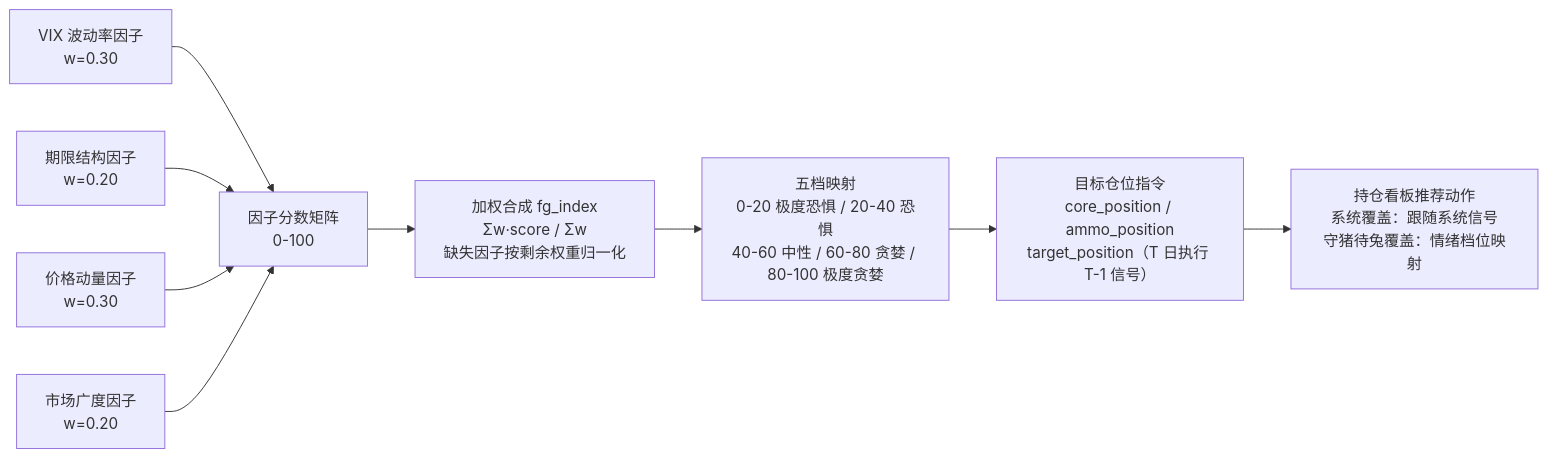
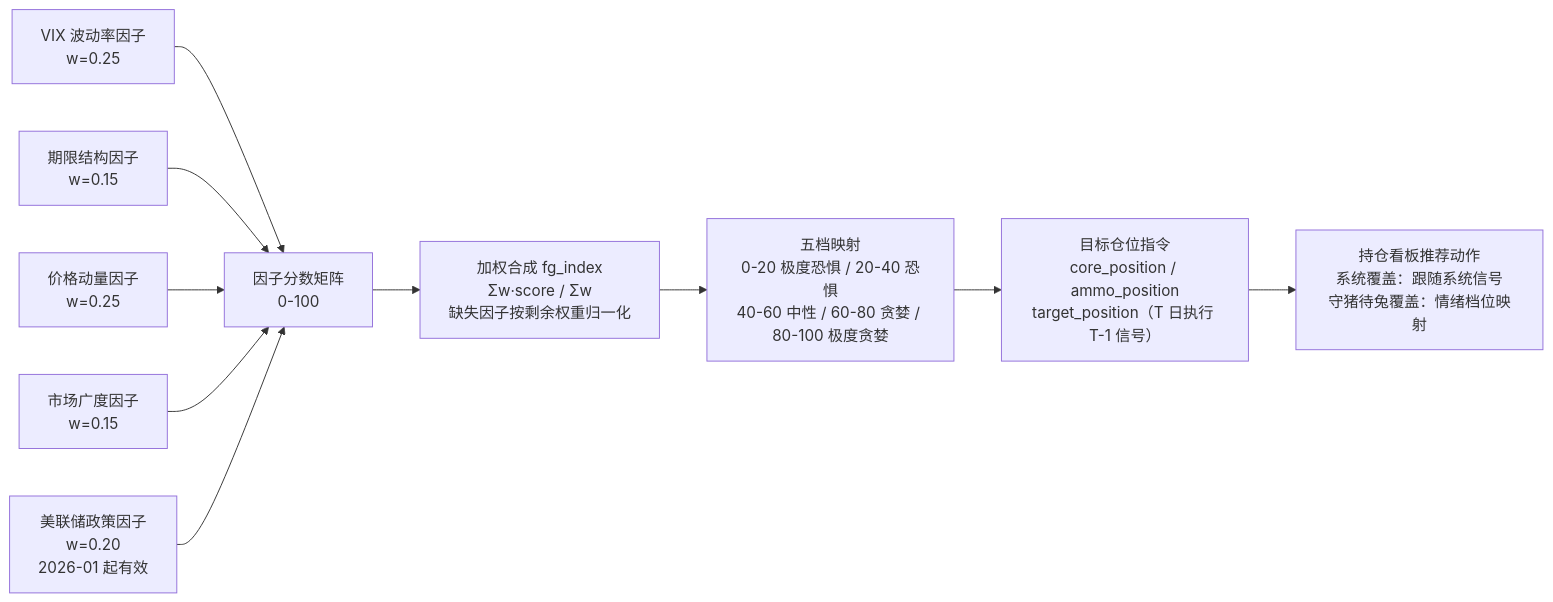
Before and after one commit to mengyan183/learning_backtrader: the second of 2 diagrams in docs/factor-engine.md, drawn with Mermaid. The commit also changed other lines of this file and 5 other files, not shown here.

````diff
--- a/docs/factor-engine.md
+++ b/docs/factor-engine.md
@@ -86,11 +86,12 @@
 ```mermaid
 flowchart LR
-    V[VIX 波动率因子<br/>w=0.30] --> S[因子分数矩阵<br/>0-100]
-    T[期限结构因子<br/>w=0.20] --> S
-    P[价格动量因子<br/>w=0.30] --> S
-    B[市场广度因子<br/>w=0.20] --> S
+    V[VIX 波动率因子<br/>w=0.25] --> S[因子分数矩阵<br/>0-100]
+    T[期限结构因子<br/>w=0.15] --> S
+    P[价格动量因子<br/>w=0.25] --> S
+    B[市场广度因子<br/>w=0.15] --> S
+    F[美联储政策因子<br/>w=0.20<br/>2026-01 起有效] --> S
     S --> W[加权合成 fg_index<br/>Σw·score / Σw<br/>缺失因子按剩余权重归一化]
     W --> Z[五档映射<br/>0-20 极度恐惧 / 20-40 恐惧<br/>40-60 中性 / 60-80 贪婪 / 80-100 极度贪婪]
     Z --> SIG[目标仓位指令<br/>core_position / ammo_position<br/>target_position（T 日执行 T-1 信号）]
     SIG --> ACT[持仓看板推荐动作<br/>系统覆盖：跟随系统信号<br/>守猪待兔覆盖：情绪档位映射]
 ```
````
